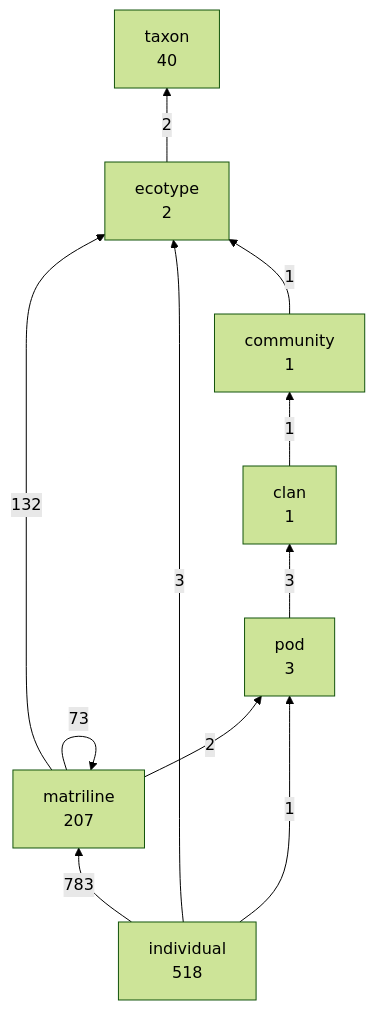
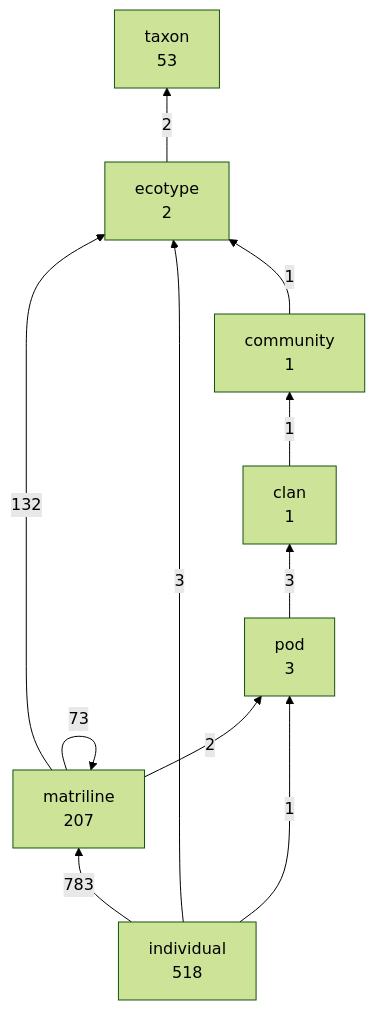
The first of 2 diagrams in dist/structure.md (salish-sea/animals), drawn with Mermaid (forest theme) before and after one commit. The commit also changed 6 other files, not shown here.

````diff
--- a/dist/structure.md
+++ b/dist/structure.md
@@ -11,20 +11,20 @@
 ```mermaid
 graph BT
   clan["clan<br/>1"]
   community["community<br/>1"]
   ecotype["ecotype<br/>2"]
   individual["individual<br/>518"]
   matriline["matriline<br/>207"]
   pod["pod<br/>3"]
-  taxon["taxon<br/>40"]
+  taxon["taxon<br/>53"]
   individual -->|783| matriline
   matriline -->|132| ecotype
   matriline -->|73| matriline
   individual -->|3| ecotype
   pod -->|3| clan
   ecotype -->|2| taxon
   matriline -->|2| pod
   clan -->|1| community
   community -->|1| ecotype
   individual -->|1| pod
 ```
````
